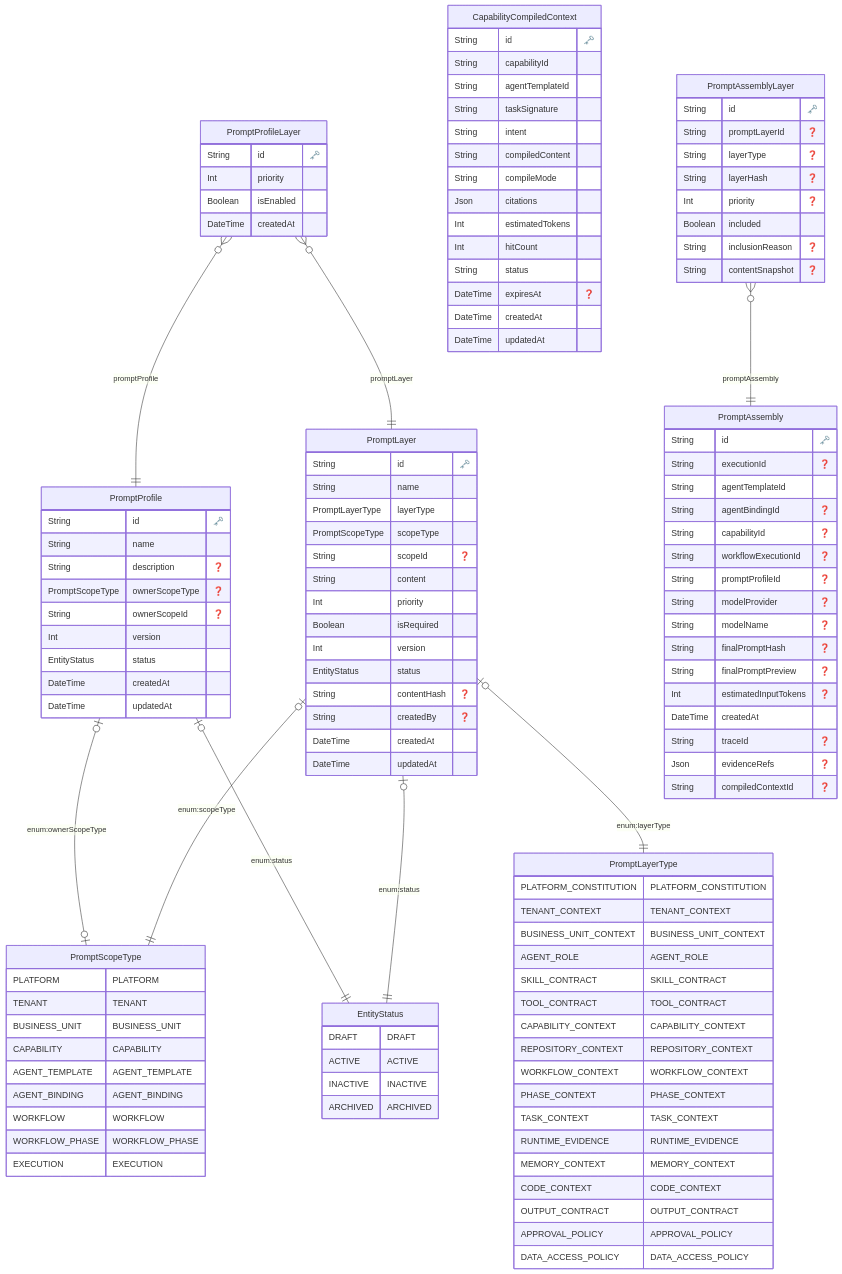
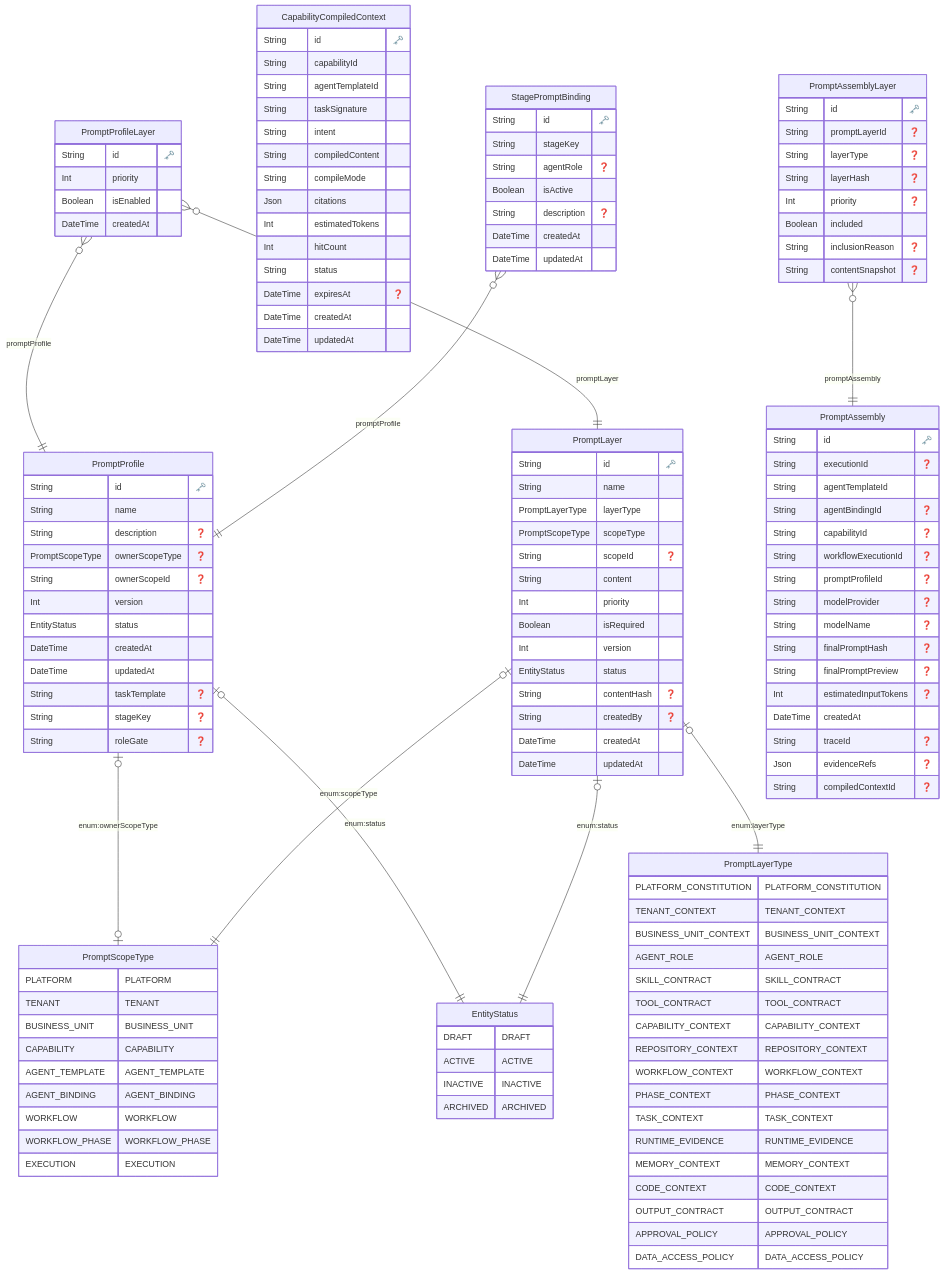
Before and after one commit to ashokraj2011/singularity-platform: the diagram in docs/data-model/03-prompt-composer-owned.md, drawn with Mermaid. The commit also changed 9 other files, not shown here.

````diff
--- a/docs/data-model/03-prompt-composer-owned.md
+++ b/docs/data-model/03-prompt-composer-owned.md
@@ -54,6 +54,9 @@
     EntityStatus status 
     DateTime createdAt 
     DateTime updatedAt 
+    String taskTemplate "❓"
+    String stageKey "❓"
+    String roleGate "❓"
     }
   
 
@@ -121,6 +124,17 @@
     }
   
 
+  "StagePromptBinding" {
+    String id "🗝️"
+    String stageKey 
+    String agentRole "❓"
+    Boolean isActive 
+    String description "❓"
+    DateTime createdAt 
+    DateTime updatedAt 
+    }
+  
+
   "PromptAssemblyLayer" {
     String id "🗝️"
     String promptLayerId "❓"
@@ -139,5 +153,6 @@
     "PromptLayer" |o--|| "EntityStatus" : "enum:status"
     "PromptProfileLayer" }o--|| "PromptProfile" : "promptProfile"
     "PromptProfileLayer" }o--|| "PromptLayer" : "promptLayer"
+    "StagePromptBinding" }o--|| "PromptProfile" : "promptProfile"
     "PromptAssemblyLayer" }o--|| "PromptAssembly" : "promptAssembly"
 ```
````
